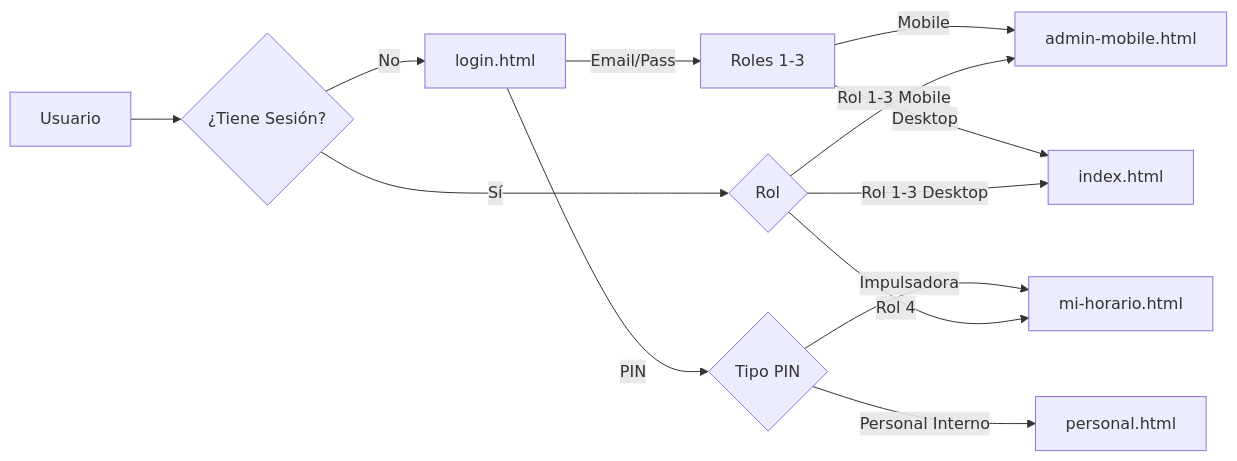
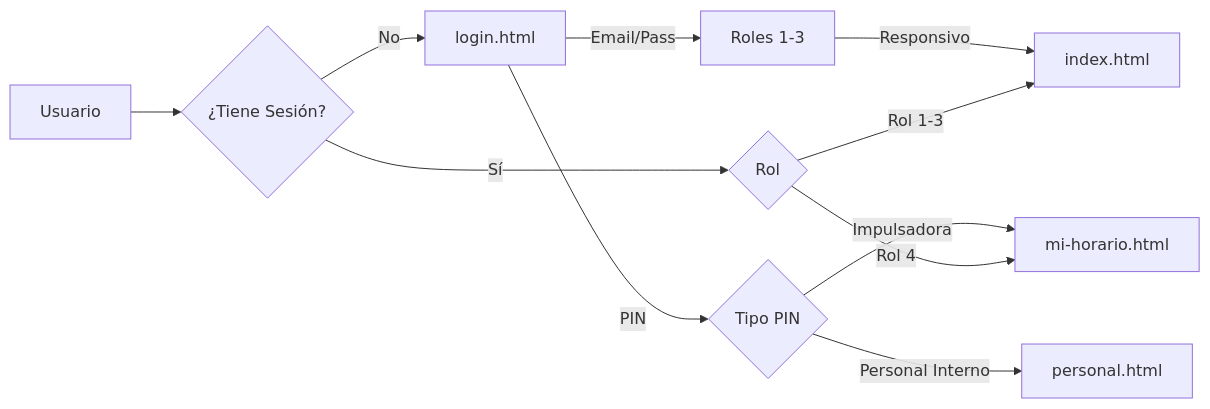
Before and after one commit to dilduck23/Horarios-Peluquero: the third of 3 diagrams in DEPLOY_README.md, drawn with Mermaid. The commit also changed other lines of this file and 14 other files, not shown here.

````diff
--- a/DEPLOY_README.md
+++ b/DEPLOY_README.md
@@ -163,19 +159,17 @@
 ```mermaid
 flowchart LR
     A[Usuario] --> B{¿Tiene Sesión?}
     B -->|No| C[login.html]
     B -->|Sí| D{Rol}
     
     C -->|Email/Pass| E[Roles 1-3]
     C -->|PIN| F{Tipo PIN}
     
     F -->|Impulsadora| G[mi-horario.html]
     F -->|Personal Interno| H[personal.html]
     
-    E -->|Mobile| I[admin-mobile.html]
-    E -->|Desktop| J[index.html]
+    E -->|Responsivo| I[index.html]
     
     D -->|Rol 4| G
-    D -->|Rol 1-3 Mobile| I
-    D -->|Rol 1-3 Desktop| J
+    D -->|Rol 1-3| I
 ```
````
